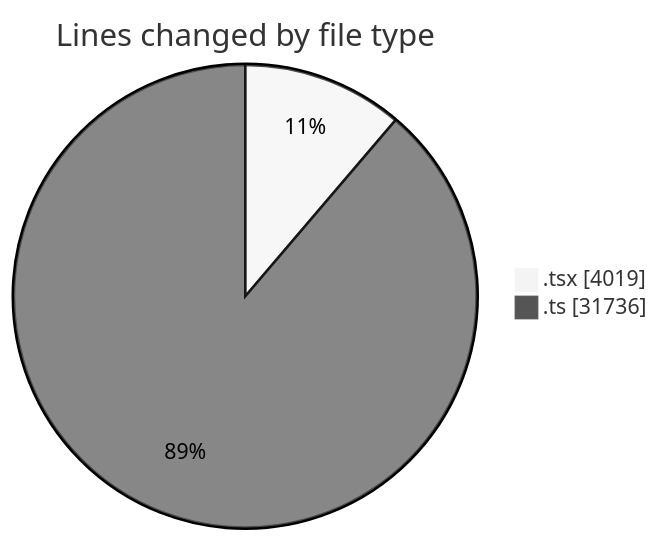
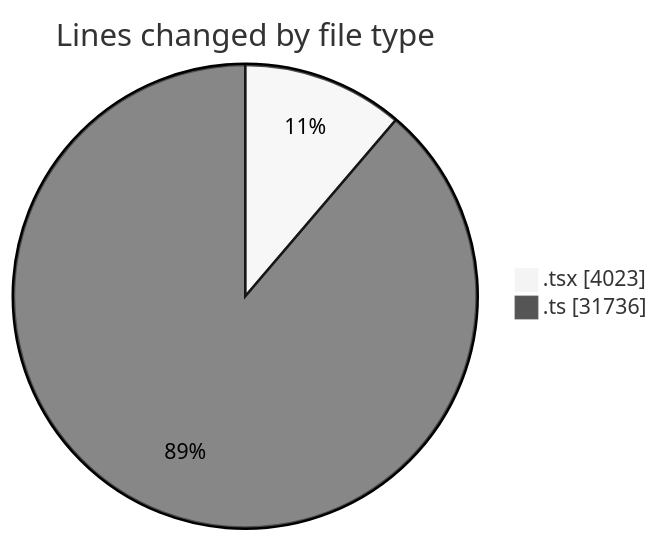
The first of 2 diagrams in 2025-07-07/cda/README.md (momahboobian/code-tracking), drawn with Mermaid (neutral theme) before and after one commit. The commit also changed other lines of this file and 1 other file, not shown here.

````diff
--- a/2025-07-07/cda/README.md
+++ b/2025-07-07/cda/README.md
@@ -28,6 +28,6 @@
 ```mermaid
 pie showData
 title Lines changed by file type
-".tsx" : 4019
+".tsx" : 4023
 ".ts" : 31736
 ```
````
